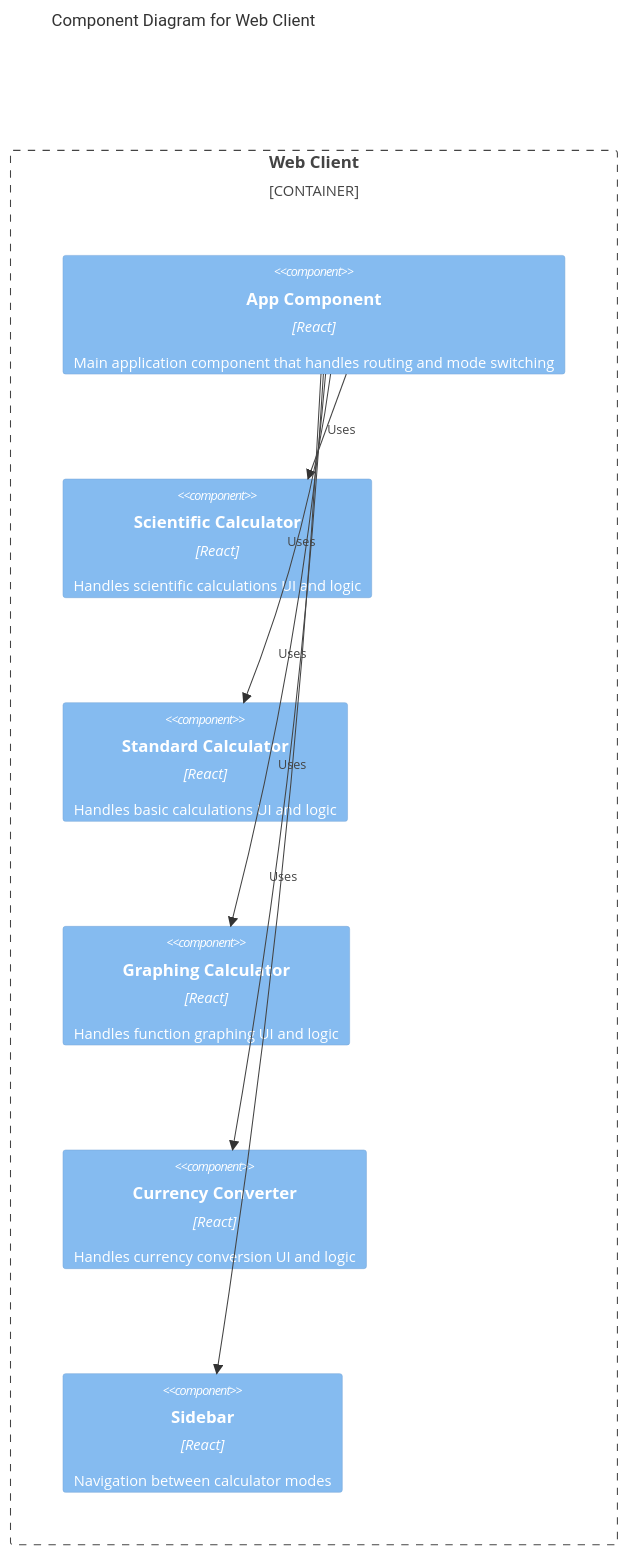
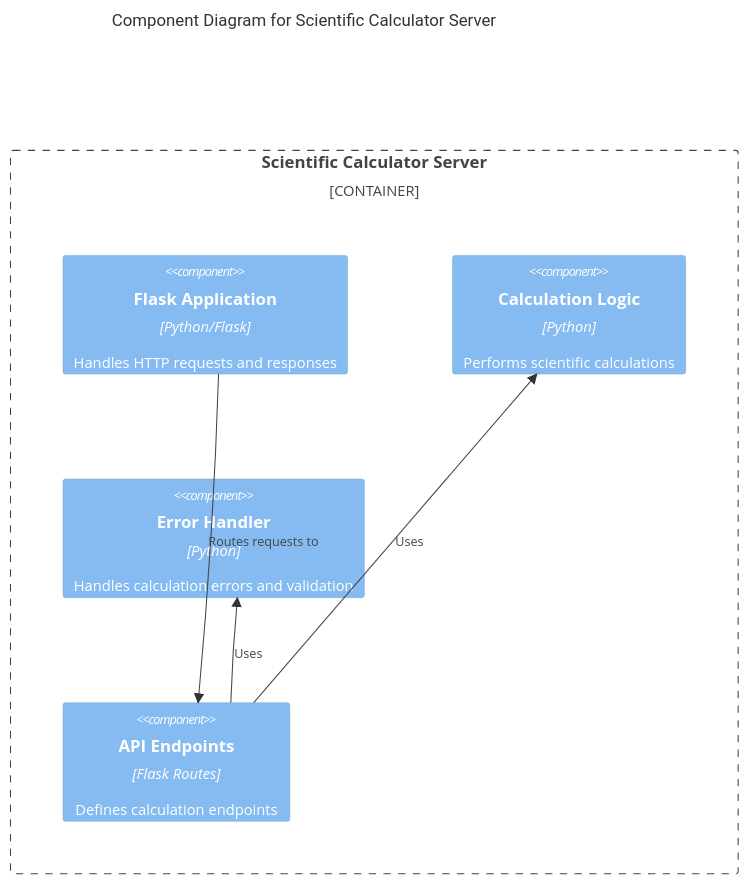
The diagram in docs/diagrams/component-diagram-scientific.md (HiIamPhuc/Calculator), drawn with Mermaid before and after one commit. The commit also changed 3 other files, not shown here.

Commit message:
Diagram description report

````diff
--- a/docs/diagrams/component-diagram-scientific.md
+++ b/docs/diagrams/component-diagram-scientific.md
@@ -1,19 +1,15 @@
 ```mermaid
     C4Component
-    title Component Diagram for Web Client
+    title Component Diagram for Scientific Calculator Server
 
-    Container_Boundary(webClient, "Web Client") {
-        Component(app, "App Component", "React", "Main application component that handles routing and mode switching")
-        Component(scientificCalc, "Scientific Calculator", "React", "Handles scientific calculations UI and logic")
-        Component(standardCalc, "Standard Calculator", "React", "Handles basic calculations UI and logic")
-        Component(graphingCalc, "Graphing Calculator", "React", "Handles function graphing UI and logic")
-        Component(currencyConv, "Currency Converter", "React", "Handles currency conversion UI and logic")
-        Component(sidebar, "Sidebar", "React", "Navigation between calculator modes")
+    Container_Boundary(scientificServer, "Scientific Calculator Server") {
+        Component(flaskApp, "Flask Application", "Python/Flask", "Handles HTTP requests and responses")
+        Component(calcLogic, "Calculation Logic", "Python", "Performs scientific calculations")
+        Component(errorHandler, "Error Handler", "Python", "Handles calculation errors and validation")
+        Component(apiEndpoints, "API Endpoints", "Flask Routes", "Defines calculation endpoints")
     }
 
-    Rel(app, scientificCalc, "Uses")
-    Rel(app, standardCalc, "Uses")
-    Rel(app, graphingCalc, "Uses")
-    Rel(app, currencyConv, "Uses")
-    Rel(app, sidebar, "Uses")
+    Rel(apiEndpoints, calcLogic, "Uses")
+    Rel(apiEndpoints, errorHandler, "Uses")
+    Rel(flaskApp, apiEndpoints, "Routes requests to")
 ```
````
